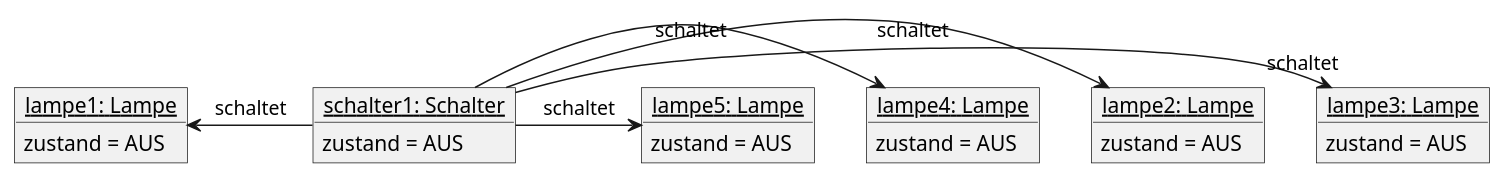
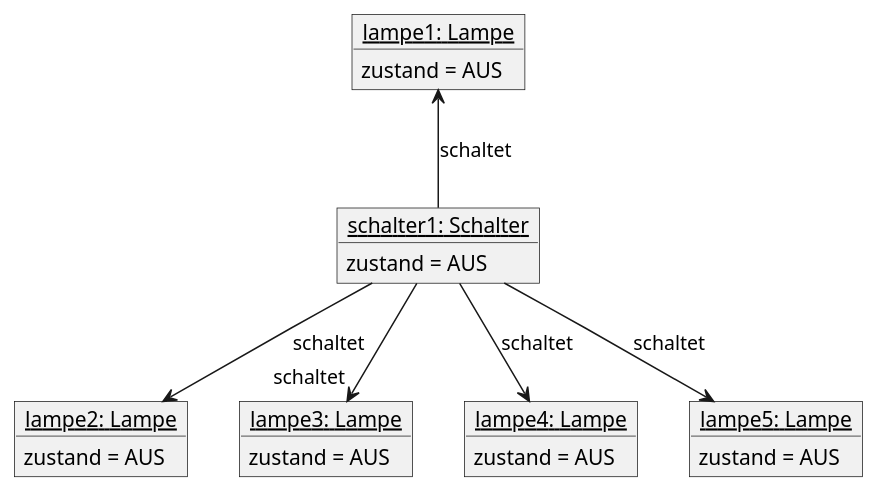
Before and after one commit to andrebauer/unterricht: the fifth of 8 diagrams in docs/anwendungsentwicklung/objektorientierte-analyse-und-modellierung/information-objektorientierte-analyse.adoc, drawn with PlantUML. The commit also changed other lines of this file and 72 other files, not shown here.

```diff
--- a/docs/anwendungsentwicklung/objektorientierte-analyse-und-modellierung/information-objektorientierte-analyse.adoc
+++ b/docs/anwendungsentwicklung/objektorientierte-analyse-und-modellierung/information-objektorientierte-analyse.adoc
@@ -261,37 +258,37 @@
 [plantuml, {prefix}-objektdiagramm-schalter-fuenf-lampen, svg]
 ....
 object "<u>schalter1: Schalter</u>" as schalter1 {
   zustand = AUS
 } 
 
 object "<u>lampe1: Lampe</u>" as lampe1 {
   zustand = AUS
 } 
 
 object "<u>lampe2: Lampe</u>" as lampe2 {
   zustand = AUS
 } 
 
 object "<u>lampe3: Lampe</u>" as lampe3 {
   zustand = AUS
 } 
 
 object "<u>lampe4: Lampe</u>" as lampe4 {
   zustand = AUS
 } 
 
 object "<u>lampe5: Lampe</u>" as lampe5 {
   zustand = AUS
 } 
 
 
-lampe1 <- schalter1 : schaltet
+lampe1 <-down- schalter1 : schaltet
 
-schalter1 -> "schaltet" lampe3
+schalter1 -down-> "schaltet" lampe3
 
-schalter1 -> lampe2 : schaltet
+schalter1 -down-> lampe2 : schaltet
 
-schalter1 -> lampe4 : schaltet
+schalter1 -down-> lampe4 : schaltet
 
-schalter1 -> lampe5 : schaltet
+schalter1 -down-> lampe5 : schaltet
 ....
```
